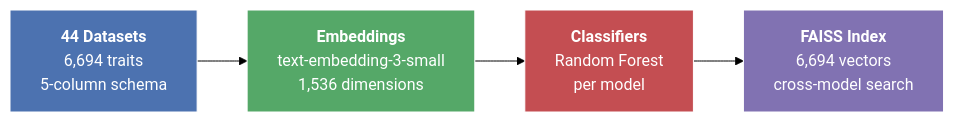
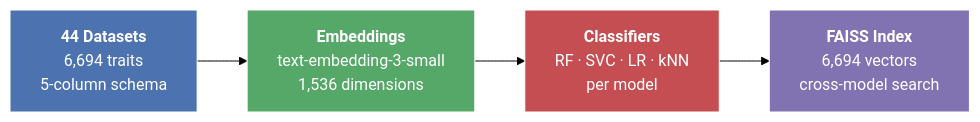
Before and after one commit to Wildertrek/survey: the diagram in README.md, drawn with Mermaid (forest theme).

Commit message:
Update pipeline diagram to show all four classifiers
RF · SVC · LR · kNN per model instead of just Random Forest.

````diff
--- a/README.md
+++ b/README.md
@@ -51,11 +51,11 @@
 ```mermaid
 flowchart LR
     A["<b>44 Datasets</b><br/>6,694 traits<br/>5-column schema"] --> B["<b>Embeddings</b><br/>text-embedding-3-small<br/>1,536 dimensions"]
-    B --> C["<b>Classifiers</b><br/>Random Forest<br/>per model"]
+    B --> C["<b>Classifiers</b><br/>RF · SVC · LR · kNN<br/>per model"]
     C --> D["<b>FAISS Index</b><br/>6,694 vectors<br/>cross-model search"]
 
     style A fill:#4C72B0,stroke:#fff,color:#fff
     style B fill:#55A868,stroke:#fff,color:#fff
     style C fill:#C44E52,stroke:#fff,color:#fff
     style D fill:#8172B2,stroke:#fff,color:#fff
 ```
````
